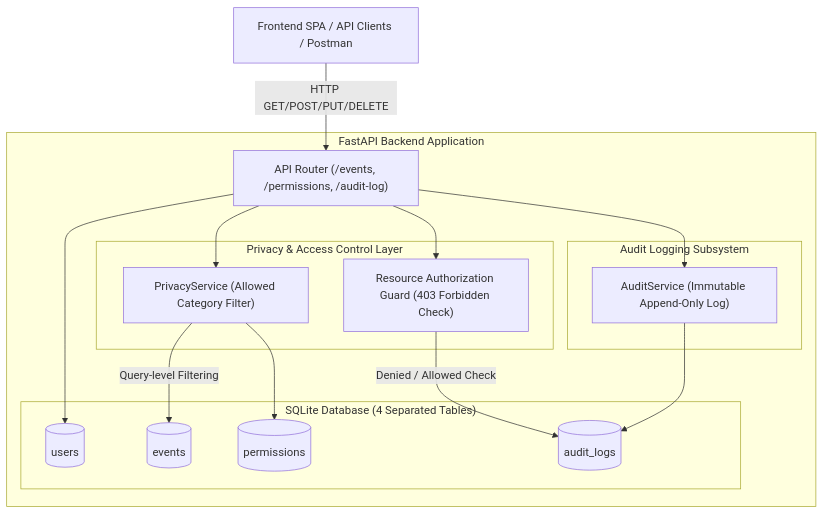
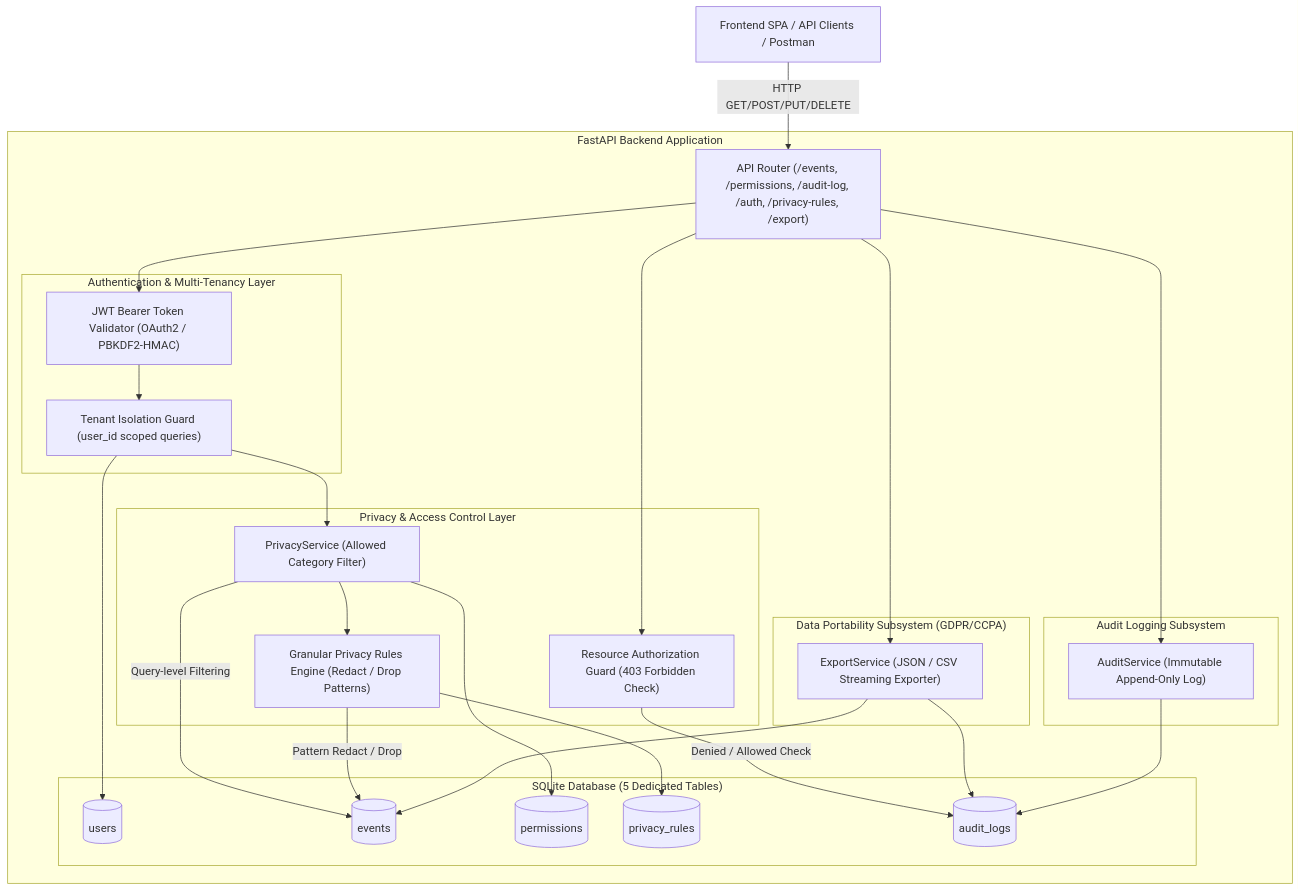
One commit to RamanujAgrawal/Mini-Privacy-Aware-Memory-Timeline changed the diagram in README.md. Above: the diagram before and after it, drawn with Mermaid. The commit also changed other lines of this file and 20 other files, not shown here.

Commit message:
feat: implement advanced approaches (JWT auth & multi-tenancy, full-text & date search, granular privacy rules, GDPR/CCPA export) and update README and tests

````diff
--- a/README.md
+++ b/README.md
@@ -9,34 +9,53 @@
 ```mermaid
 flowchart TD
     Client["Frontend SPA / API Clients / Postman"]
     
     subgraph Backend ["FastAPI Backend Application"]
-        Router["API Router (/events, /permissions, /audit-log)"]
+        Router["API Router (/events, /permissions, /audit-log, /auth, /privacy-rules, /export)"]
         
+        subgraph AuthTenantEngine ["Authentication & Multi-Tenancy Layer"]
+            JWT["JWT Bearer Token Validator (OAuth2 / PBKDF2-HMAC)"]
+            Tenant["Tenant Isolation Guard (user_id scoped queries)"]
+        end
+
         subgraph PrivacyEngine ["Privacy & Access Control Layer"]
             Policy["PrivacyService (Allowed Category Filter)"]
+            GranularRules["Granular Privacy Rules Engine (Redact / Drop Patterns)"]
             Guard["Resource Authorization Guard (403 Forbidden Check)"]
         end
         
+        subgraph ExportEngine ["Data Portability Subsystem (GDPR/CCPA)"]
+            Exporter["ExportService (JSON / CSV Streaming Exporter)"]
+        end
+
         subgraph AuditEngine ["Audit Logging Subsystem"]
             Audit["AuditService (Immutable Append-Only Log)"]
         end
         
-        subgraph DB ["SQLite Database (4 Separated Tables)"]
+        subgraph DB ["SQLite Database (5 Dedicated Tables)"]
             Users[("users")]
             Events[("events")]
             Permissions[("permissions")]
+            PrivacyRules[("privacy_rules")]
             AuditLogs[("audit_logs")]
         end
     end
 
     Client -->|HTTP GET/POST/PUT/DELETE| Router
-    Router --> Policy
+    Router --> JWT
+    JWT --> Tenant
+    Tenant --> Policy
     Policy -->|Query-level Filtering| Events
+    Policy --> GranularRules
+    GranularRules -->|Pattern Redact / Drop| Events
     Router --> Guard
     Guard -->|Denied / Allowed Check| AuditLogs
+    Router --> Exporter
+    Exporter --> Events
+    Exporter --> AuditLogs
     Router --> Audit
     Audit --> AuditLogs
     Policy --> Permissions
-    Router --> Users
+    GranularRules --> PrivacyRules
+    Tenant --> Users
 ```
````
